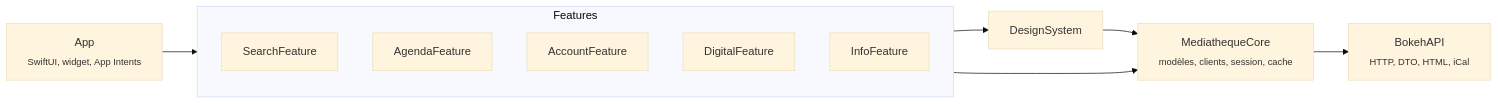
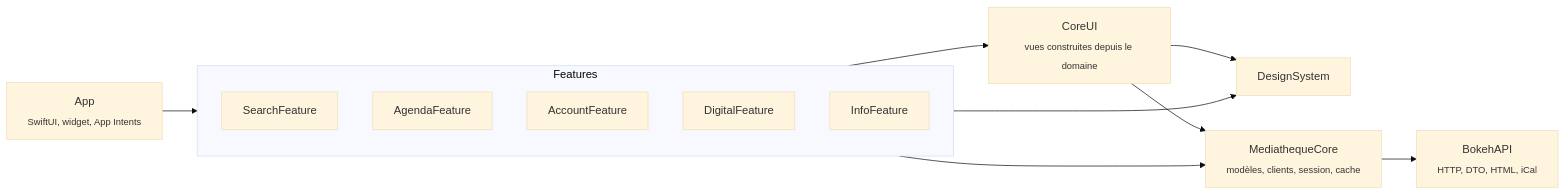
One commit to romainbiard/villejuif-mediatheque changed the diagram in README.md. Above: the diagram before and after it, drawn with Mermaid (base theme). The commit also changed other lines of this file and 14 other files, not shown here.

````diff
--- a/README.md
+++ b/README.md
@@ -96,20 +96,23 @@
 ```mermaid
 flowchart LR
     App["App<br><sub>SwiftUI, widget, App Intents</sub>"]
     subgraph Features
         Search[SearchFeature]
         Agenda[AgendaFeature]
         Account[AccountFeature]
         Digital[DigitalFeature]
         Info[InfoFeature]
     end
     DS[DesignSystem]
+    CoreUI["CoreUI<br><sub>vues construites depuis le domaine</sub>"]
     Core["MediathequeCore<br><sub>modèles, clients, session, cache</sub>"]
     API["BokehAPI<br><sub>HTTP, DTO, HTML, iCal</sub>"]
 
     App --> Features
+    Features --> CoreUI
     Features --> DS
     Features --> Core
-    DS --> Core
+    CoreUI --> DS
+    CoreUI --> Core
     Core --> API
 ```
````
